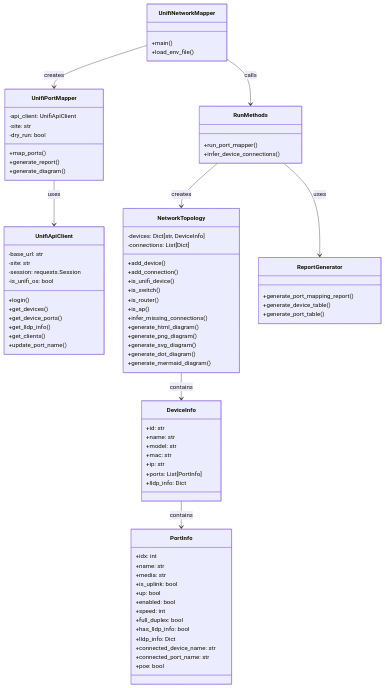
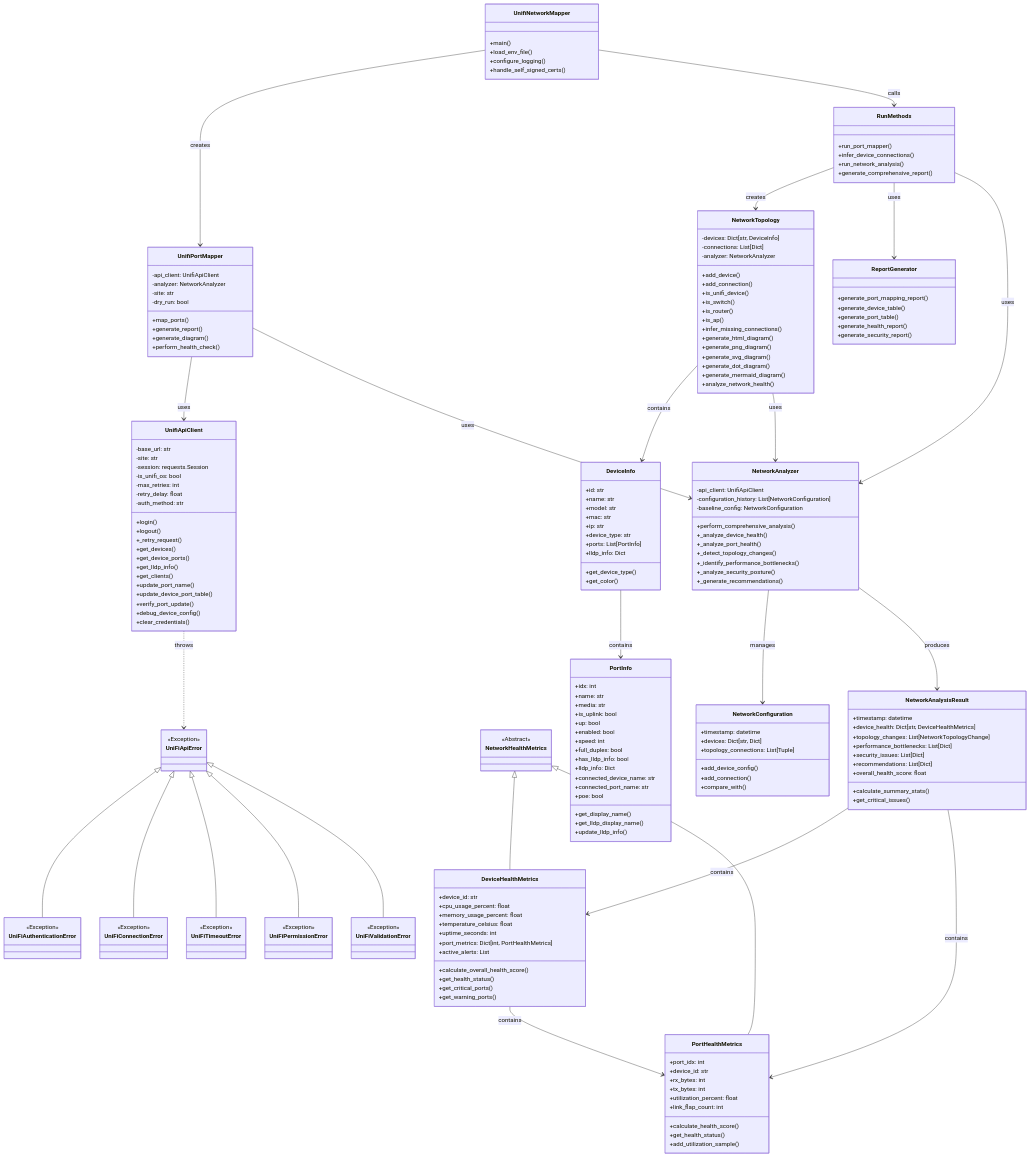
The first of 4 diagrams in README.md (NetDevAutomate/unifi_management_cli), drawn with Mermaid before and after one commit. The commit also changed other lines of this file and 32 other files, not shown here.

````diff
--- a/README.md
+++ b/README.md
@@ -40,6 +43,8 @@
     class UnifiNetworkMapper {
         +main()
         +load_env_file()
+        +configure_logging()
+        +handle_self_signed_certs()
     }
     
     class UnifiApiClient {
@@ -47,12 +52,21 @@
         -site: str
         -session: requests.Session
         -is_unifi_os: bool
+        -max_retries: int
+        -retry_delay: float
+        -auth_method: str
         +login()
+        +logout()
+        +_retry_request()
         +get_devices()
         +get_device_ports()
         +get_lldp_info()
         +get_clients()
         +update_port_name()
+        +update_device_port_table()
+        +verify_port_update()
+        +debug_device_config()
+        +clear_credentials()
     }
     
     class DeviceInfo {
@@ -61,8 +75,11 @@
         +model: str
         +mac: str
         +ip: str
+        +device_type: str
         +ports: List[PortInfo]
         +lldp_info: Dict
+        +get_device_type()
+        +get_color()
     }
     
     class PortInfo {
@@ -79,11 +96,79 @@
         +connected_device_name: str
         +connected_port_name: str
         +poe: bool
+        +get_display_name()
+        +get_lldp_display_name()
+        +update_lldp_info()
+    }
+    
+    class NetworkAnalyzer {
+        -api_client: UnifiApiClient
+        -configuration_history: List[NetworkConfiguration]
+        -baseline_config: NetworkConfiguration
+        +perform_comprehensive_analysis()
+        +_analyze_device_health()
+        +_analyze_port_health()
+        +_detect_topology_changes()
+        +_identify_performance_bottlenecks()
+        +_analyze_security_posture()
+        +_generate_recommendations()
+    }
+    
+    class NetworkHealthMetrics {
+        <<Abstract>>
+    }
+    
+    class DeviceHealthMetrics {
+        +device_id: str
+        +cpu_usage_percent: float
+        +memory_usage_percent: float
+        +temperature_celsius: float
+        +uptime_seconds: int
+        +port_metrics: Dict[int, PortHealthMetrics]
+        +active_alerts: List
+        +calculate_overall_health_score()
+        +get_health_status()
+        +get_critical_ports()
+        +get_warning_ports()
+    }
+    
+    class PortHealthMetrics {
+        +port_idx: int
+        +device_id: str
+        +rx_bytes: int
+        +tx_bytes: int
+        +utilization_percent: float
+        +link_flap_count: int
+        +calculate_health_score()
+        +get_health_status()
+        +add_utilization_sample()
+    }
+    
+    class NetworkConfiguration {
+        +timestamp: datetime
+        +devices: Dict[str, Dict]
+        +topology_connections: List[Tuple]
+        +add_device_config()
+        +add_connection()
+        +compare_with()
+    }
+    
+    class NetworkAnalysisResult {
+        +timestamp: datetime
+        +device_health: Dict[str, DeviceHealthMetrics]
+        +topology_changes: List[NetworkTopologyChange]
+        +performance_bottlenecks: List[Dict]
+        +security_issues: List[Dict]
+        +recommendations: List[Dict]
+        +overall_health_score: float
+        +calculate_summary_stats()
+        +get_critical_issues()
     }
     
     class NetworkTopology {
         -devices: Dict[str, DeviceInfo]
         -connections: List[Dict]
+        -analyzer: NetworkAnalyzer
         +add_device()
         +add_connection()
         +is_unifi_device()
@@ -96,33 +181,85 @@
         +generate_svg_diagram()
         +generate_dot_diagram()
         +generate_mermaid_diagram()
+        +analyze_network_health()
     }
     
     class UnifiPortMapper {
         -api_client: UnifiApiClient
+        -analyzer: NetworkAnalyzer
         -site: str
         -dry_run: bool
         +map_ports()
         +generate_report()
         +generate_diagram()
+        +perform_health_check()
     }
     
     class ReportGenerator {
         +generate_port_mapping_report()
         +generate_device_table()
         +generate_port_table()
+        +generate_health_report()
+        +generate_security_report()
     }
     
     class RunMethods {
         +run_port_mapper()
         +infer_device_connections()
+        +run_network_analysis()
+        +generate_comprehensive_report()
     }
     
+    %% Exception Classes
+    class UniFiApiError {
+        <<Exception>>
+    }
+    
+    class UniFiAuthenticationError {
+        <<Exception>>
+    }
+    
+    class UniFiConnectionError {
+        <<Exception>>
+    }
+    
+    class UniFiTimeoutError {
+        <<Exception>>
+    }
+    
+    class UniFiPermissionError {
+        <<Exception>>
+    }
+    
+    class UniFiValidationError {
+        <<Exception>>
+    }
+    
+    %% Relationships
     UnifiNetworkMapper --> UnifiPortMapper: creates
     UnifiNetworkMapper --> RunMethods: calls
     UnifiPortMapper --> UnifiApiClient: uses
+    UnifiPortMapper --> NetworkAnalyzer: uses
     RunMethods --> NetworkTopology: creates
     RunMethods --> ReportGenerator: uses
+    RunMethods --> NetworkAnalyzer: uses
     NetworkTopology --> DeviceInfo: contains
+    NetworkTopology --> NetworkAnalyzer: uses
     DeviceInfo --> PortInfo: contains
+    NetworkAnalyzer --> NetworkConfiguration: manages
+    NetworkAnalyzer --> NetworkAnalysisResult: produces
+    NetworkAnalysisResult --> DeviceHealthMetrics: contains
+    NetworkAnalysisResult --> PortHealthMetrics: contains
+    DeviceHealthMetrics --> PortHealthMetrics: contains
+    NetworkHealthMetrics <|-- DeviceHealthMetrics
+    NetworkHealthMetrics <|-- PortHealthMetrics
+    
+    %% Exception Hierarchy
+    UniFiApiError <|-- UniFiAuthenticationError
+    UniFiApiError <|-- UniFiConnectionError
+    UniFiApiError <|-- UniFiTimeoutError
+    UniFiApiError <|-- UniFiPermissionError
+    UniFiApiError <|-- UniFiValidationError
+    
+    UnifiApiClient ..> UniFiApiError: throws
 ```
````
